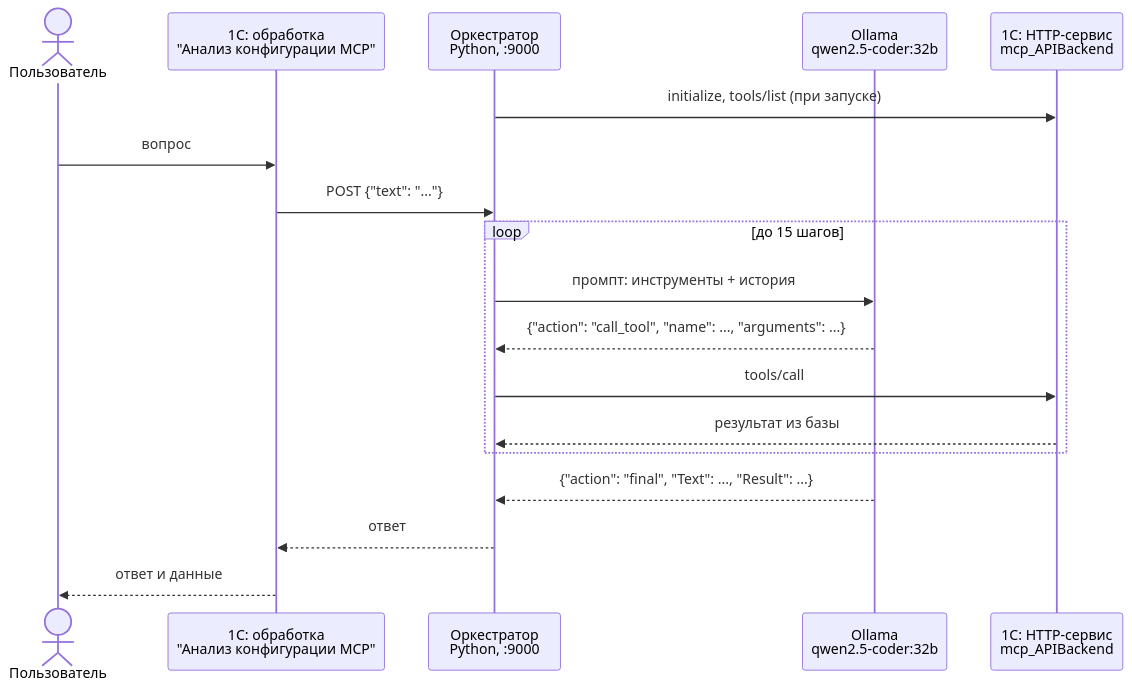
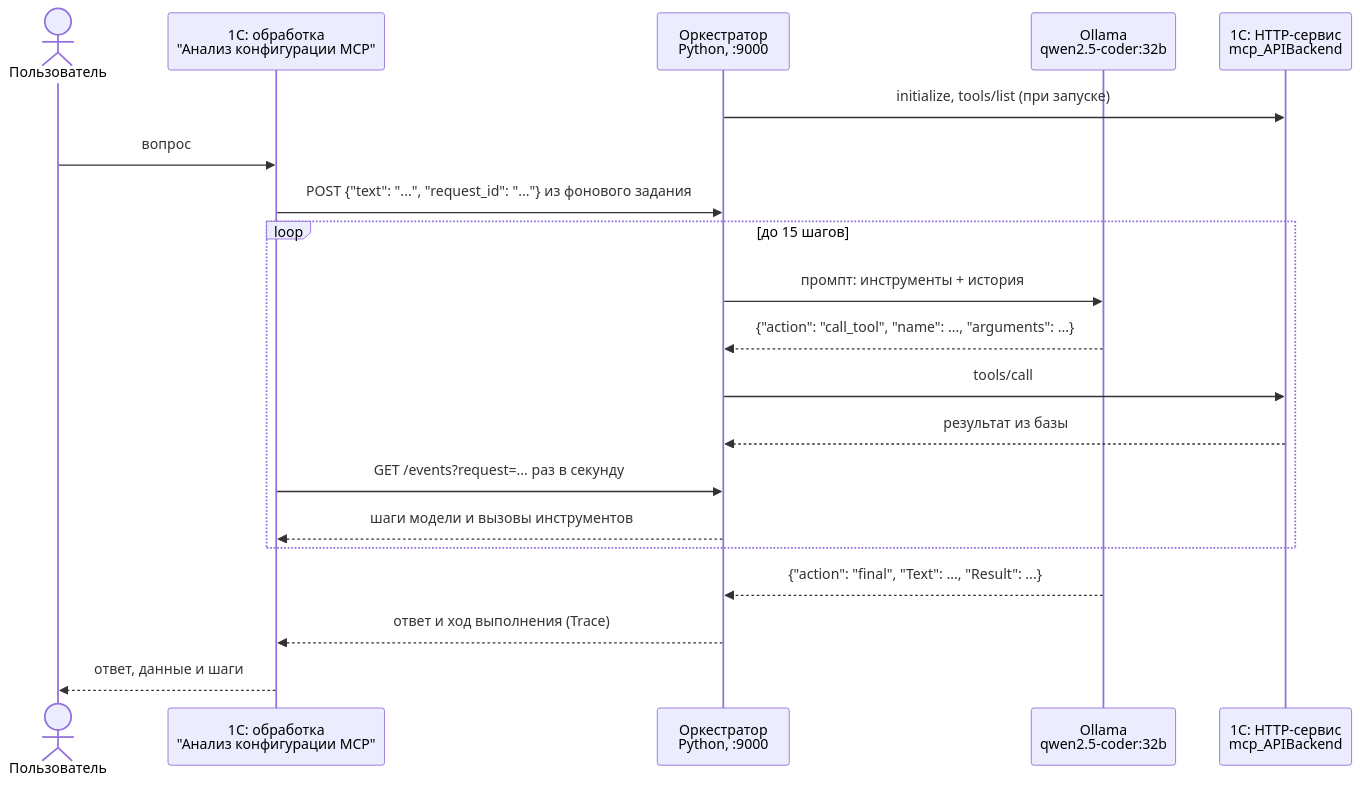
One commit to Kickfok/1c-mcp-ollama changed the diagram in README.md. Above: the diagram before and after it, drawn with Mermaid. The commit also changed other lines of this file and 17 other files, not shown here.

````diff
--- a/README.md
+++ b/README.md
@@ -120,21 +310,23 @@
 ```mermaid
 sequenceDiagram
     actor U as Пользователь
     participant F as 1С: обработка<br>"Анализ конфигурации MCP"
     participant O as Оркестратор<br>Python, :9000
     participant L as Ollama<br>qwen2.5-coder:32b
     participant M as 1С: HTTP-сервис<br>mcp_APIBackend
 
     O->>M: initialize, tools/list (при запуске)
     U->>F: вопрос
-    F->>O: POST {"text": "..."}
+    F->>O: POST {"text": "...", "request_id": "..."} из фонового задания
     loop до 15 шагов
         O->>L: промпт: инструменты + история
         L-->>O: {"action": "call_tool", "name": ..., "arguments": ...}
         O->>M: tools/call
         M-->>O: результат из базы
+        F->>O: GET /events?request=... раз в секунду
+        O-->>F: шаги модели и вызовы инструментов
     end
     L-->>O: {"action": "final", "Text": ..., "Result": ...}
-    O-->>F: ответ
-    F-->>U: ответ и данные
+    O-->>F: ответ и ход выполнения (Trace)
+    F-->>U: ответ, данные и шаги
 ```
````
